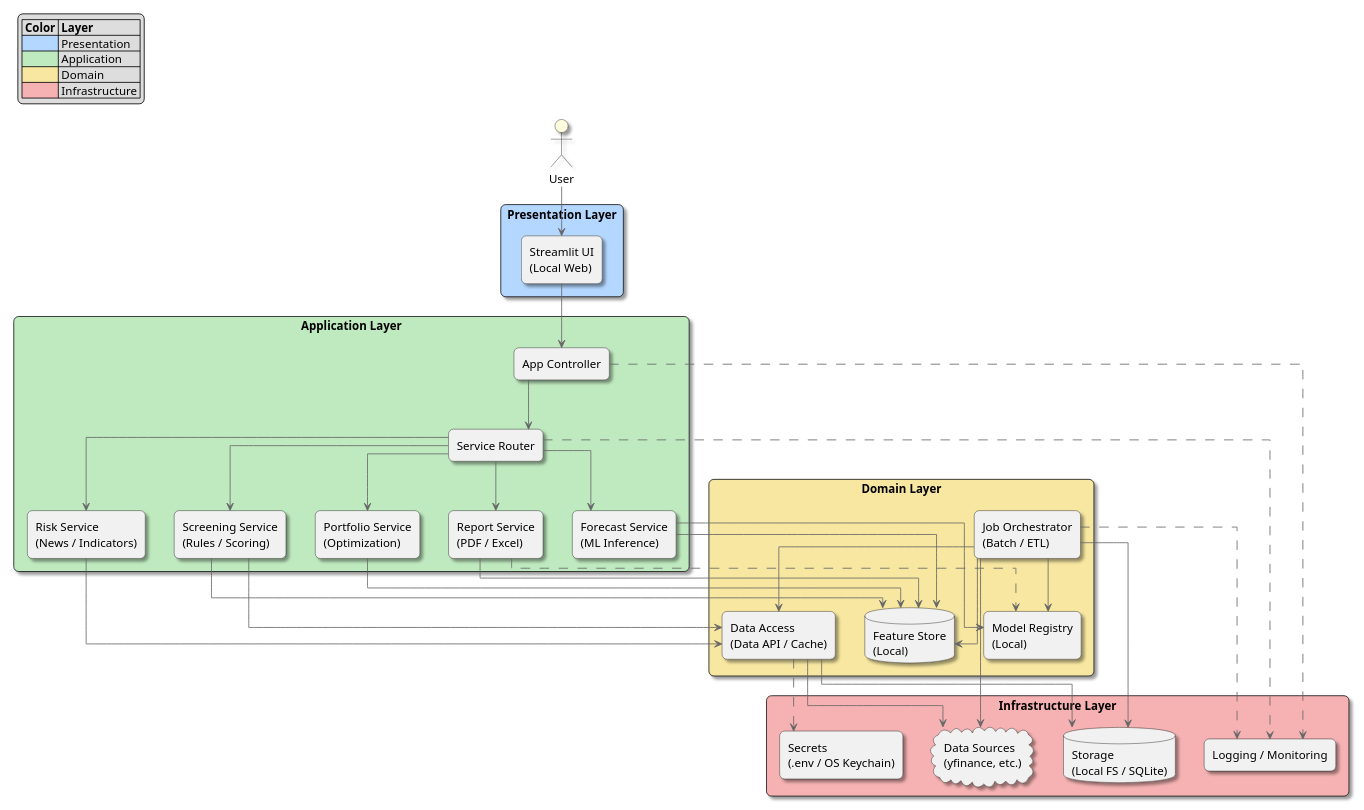
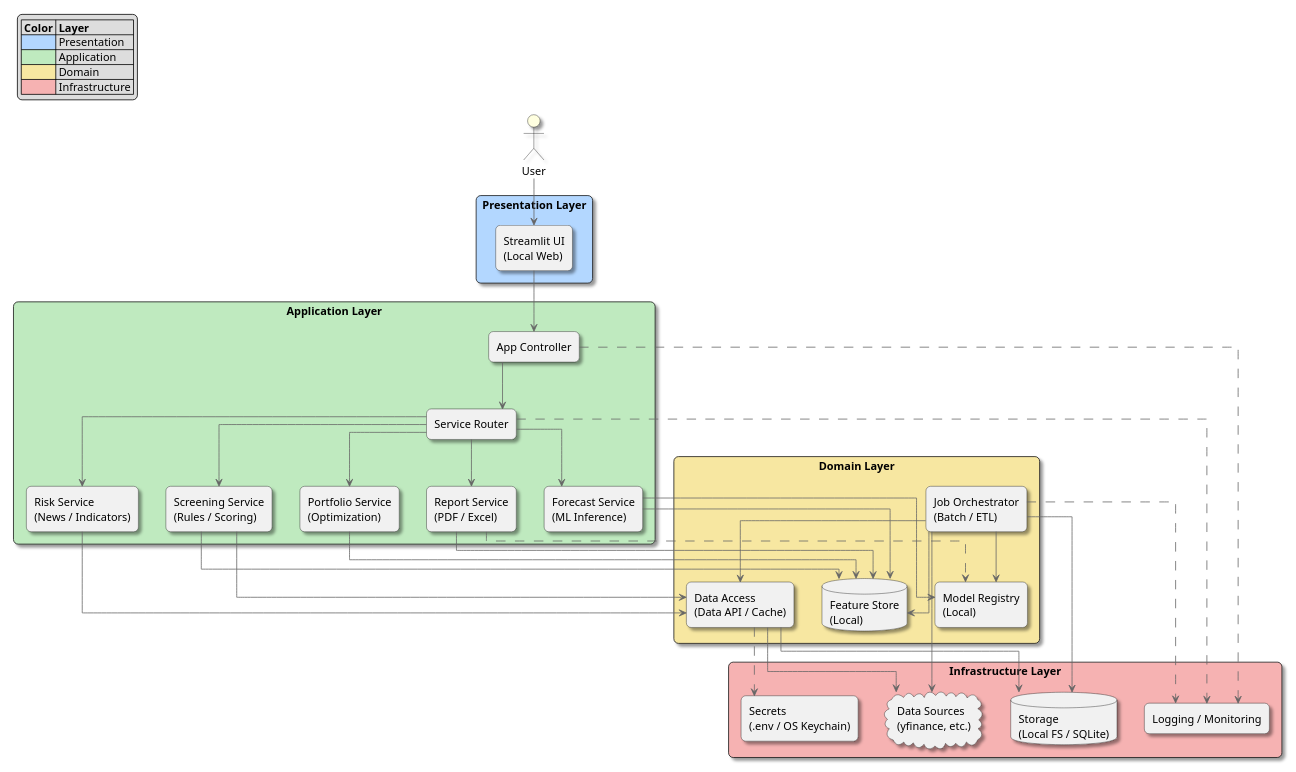
Before and after one commit to yuki-godzilla/Smart_Market_AI: the first of 3 diagrams in Documents/02_System_design.md, drawn with PlantUML.

Commit message:
Resize image

````diff
--- a/Documents/02_System_design.md
+++ b/Documents/02_System_design.md
@@ -97,6 +97,6 @@
 ORCH    ..> LOGG
 DAO     ..> SECR
 
-scale 1000 width
+scale 950 width
 @enduml
 ```
````
